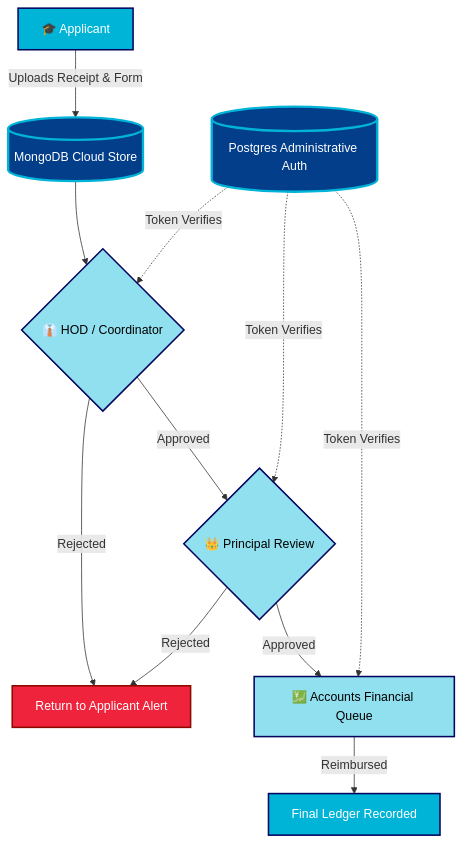
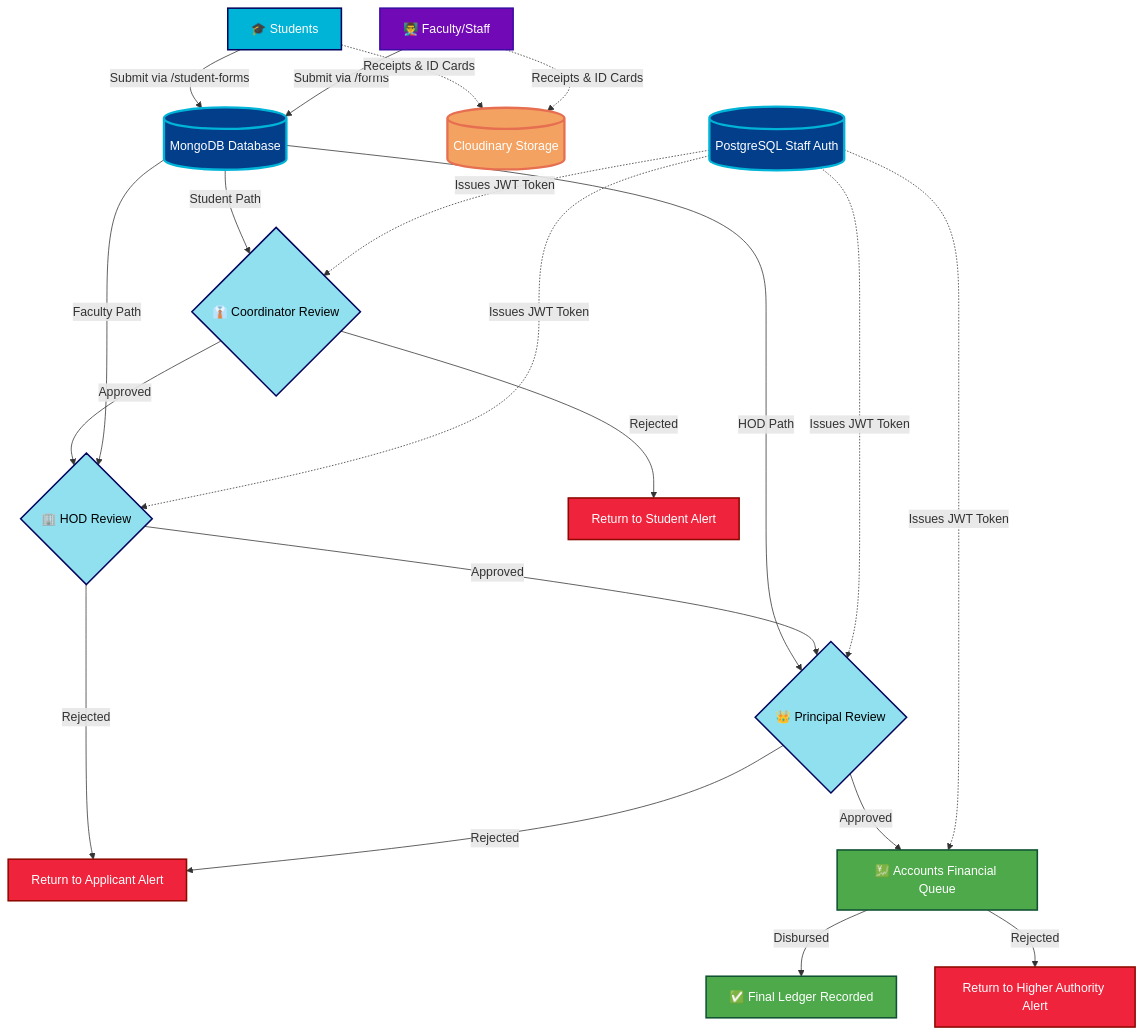
One commit to Aspira-2k25/reimbursement-automation-system-new changed the diagram in README.md. Above: the diagram before and after it, drawn with Mermaid.

Commit message:
updated  readme file 2

````diff
--- a/README.md
+++ b/README.md
@@ -57,29 +57,52 @@
 ```mermaid
 graph TD
     %% Colors and Styles
-    classDef user fill:#00b4d8,stroke:#03045e,stroke-width:2px,color:#fff;
+    classDef student fill:#00b4d8,stroke:#03045e,stroke-width:2px,color:#fff;
+    classDef faculty fill:#7209b7,stroke:#3a0ca3,stroke-width:2px,color:#fff;
     classDef logic fill:#90e0ef,stroke:#03045e,stroke-width:2px,color:#000;
     classDef db fill:#023e8a,stroke:#00b4d8,stroke-width:3px,color:#fff;
+    classDef storage fill:#f4a261,stroke:#e76f51,stroke-width:3px,color:#fff;
     classDef fail fill:#ef233c,stroke:#8d0801,stroke-width:2px,color:#fff;
+    classDef success fill:#4ea94b,stroke:#0f5132,stroke-width:2px,color:#fff;
 
-    A[🎓 Applicant] -->|Uploads Receipt & Form| B[(MongoDB Cloud Store)]
-    B --> C{👔 HOD / Coordinator}
+    %% Data Entry Points
+    A[🎓 Students] -->|Submit via /student-forms| C[(MongoDB Database)]
+    B[👨‍🏫 Faculty/Staff] -->|Submit via /forms| C
     
-    C -->|Approved| D{👑 Principal Review}
-    C -->|Rejected| E[Return to Applicant Alert]
-    
-    D -->|Approved| F[💹 Accounts Financial Queue]
-    D -->|Rejected| E
-    
-    F -->|Reimbursed| G[Final Ledger Recorded]
-    
-    H[(Postgres Administrative Auth)] -.->|Token Verifies| C
-    H -.->|Token Verifies| D
-    H -.->|Token Verifies| F
+    A -.->|Receipts & ID Cards| CL[(Cloudinary Storage)]
+    B -.->|Receipts & ID Cards| CL
+
+    %% Student Workflow Pipeline
+    C -->|Student Path| D{👔 Coordinator Review}
+    D -->|Approved| E{🏢 HOD Review}
+    D -->|Rejected| R1[Return to Student Alert]
+
+    %% Faculty Workflow Pipeline (Bypasses Coordinator)
+    C -->|Faculty Path| E
+    C -->|HOD Path| F{👑 Principal Review}
+
+    %% Shared Review Pipeline
+    E -->|Approved| F
+    E -->|Rejected| R2[Return to Applicant Alert]
+
+    F -->|Approved| G[💹 Accounts Financial Queue]
+    F -->|Rejected| R2
+
+    G -->|Disbursed| H[✅ Final Ledger Recorded]
+    G -->|Rejected| R3[Return to Higher Authority Alert]
+
+    %% Authentication Layer
+    P[(PostgreSQL Staff Auth)] -.->|Issues JWT Token| D
+    P -.->|Issues JWT Token| E
+    P -.->|Issues JWT Token| F
+    P -.->|Issues JWT Token| G
 
     %% Appling Classes
-    class A,G user;
-    class C,D,F logic;
-    class B,H db;
-    class E fail;
+    class A student;
+    class B faculty;
+    class D,E,F logic;
+    class C,P db;
+    class CL storage;
+    class R1,R2,R3 fail;
+    class G,H success;
 ```
````
